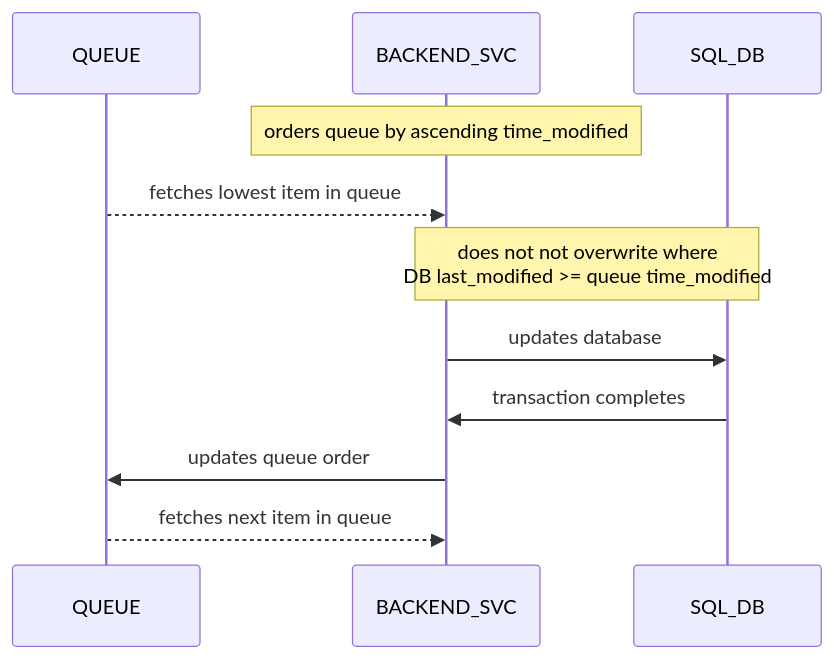
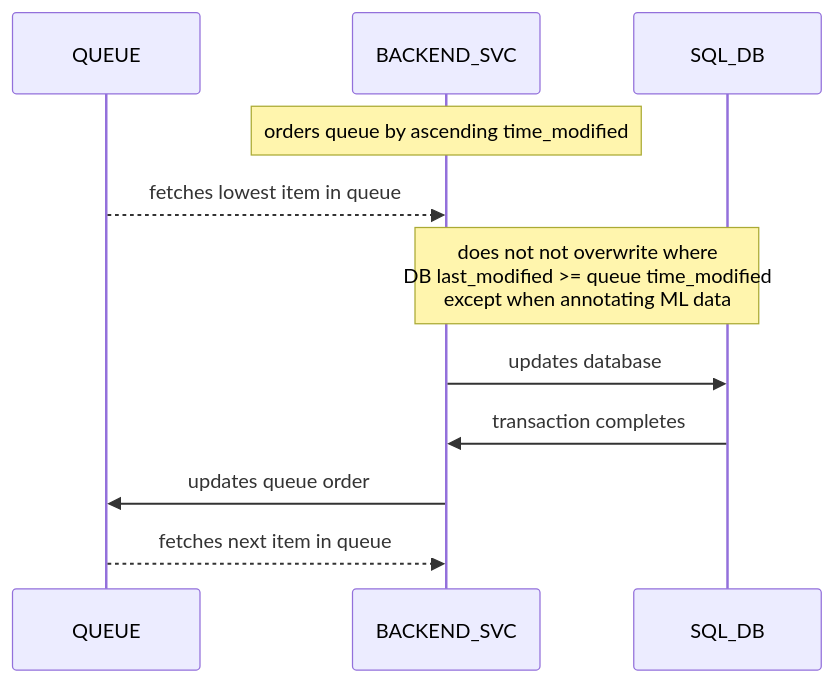
The third of 3 diagrams in architecture.md (mxava/mcbroken-ml), drawn with Mermaid before and after one commit.

````diff
--- a/architecture.md
+++ b/architecture.md
@@ -37,14 +37,14 @@
 ```mermaid
 sequenceDiagram
    participant QUEUE
    participant BACKEND_SVC
    participant SQL_DB
 
    Note over BACKEND_SVC: orders queue by ascending time_modified
    QUEUE-->>BACKEND_SVC: fetches lowest item in queue
-   Note over BACKEND_SVC,SQL_DB: does not not overwrite where<br/>DB last_modified >= queue time_modified
+   Note over BACKEND_SVC,SQL_DB: does not not overwrite where<br/>DB last_modified >= queue time_modified<br/>except when annotating ML data
    BACKEND_SVC->>SQL_DB: updates database
    SQL_DB->>BACKEND_SVC: transaction completes
    BACKEND_SVC->>QUEUE: updates queue order
    QUEUE-->>BACKEND_SVC: fetches next item in queue
 ```
````
